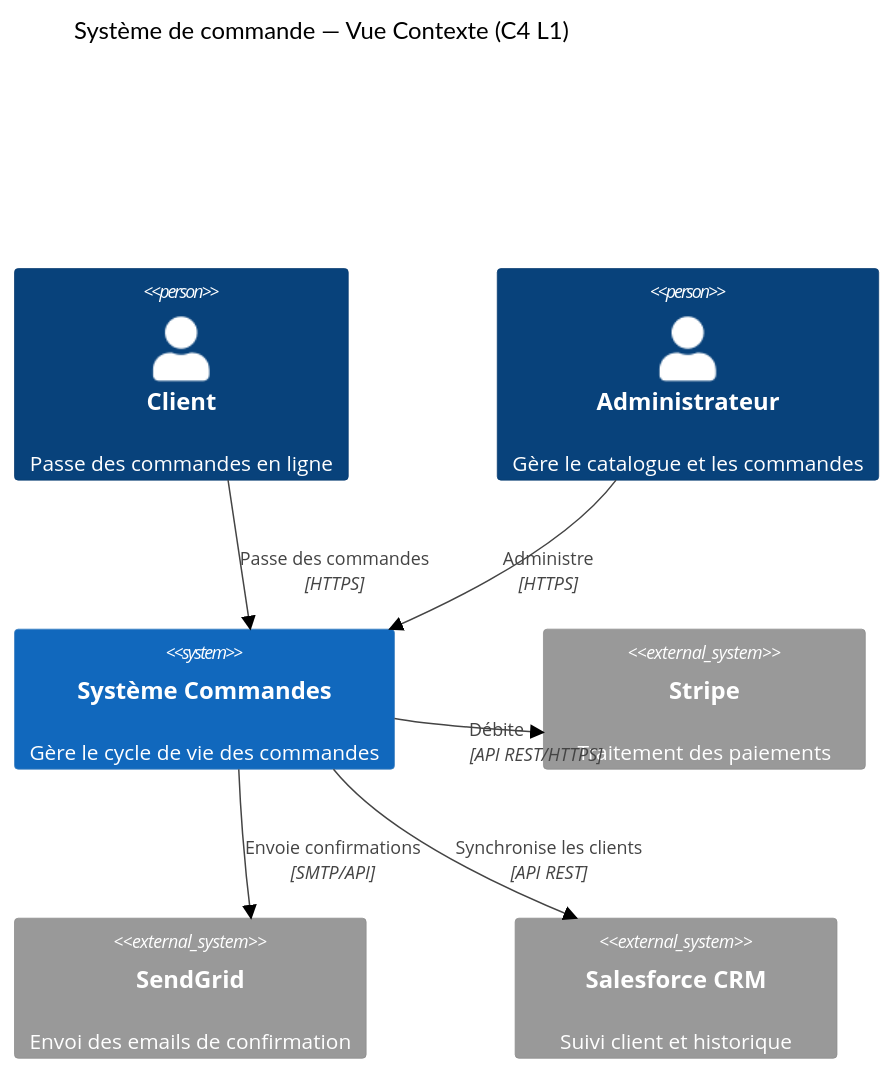
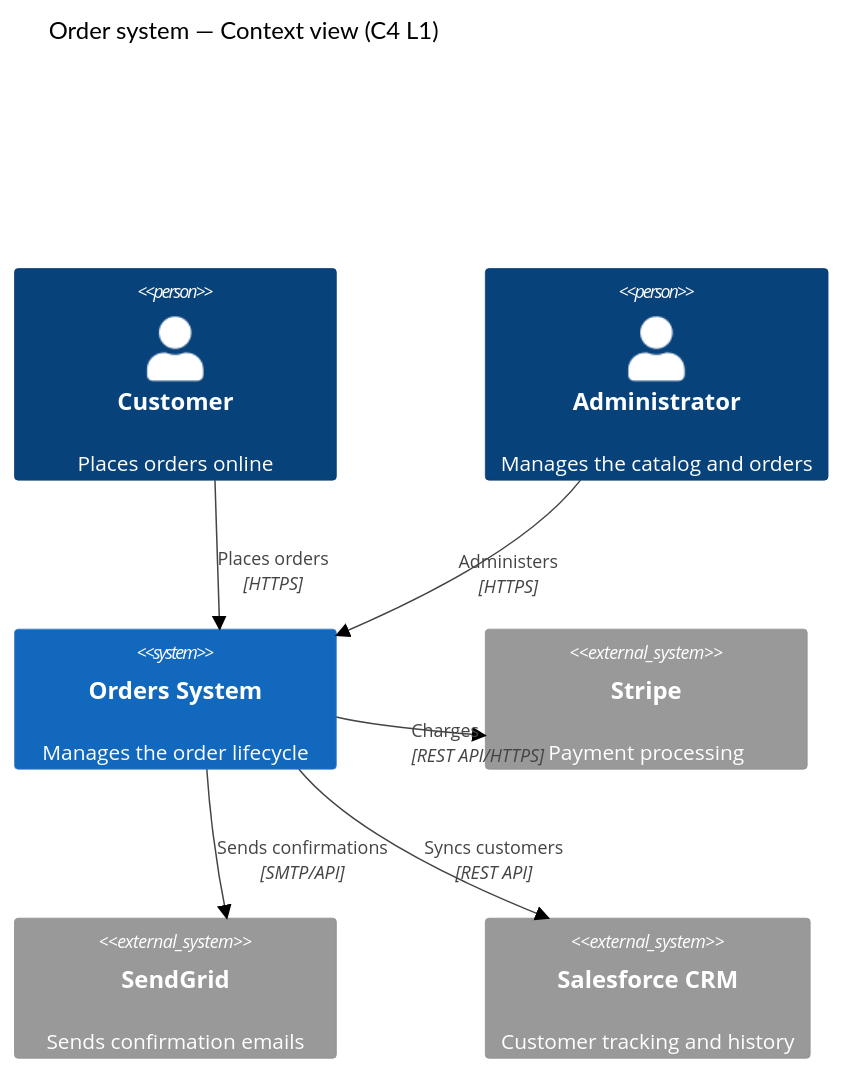
Before and after one commit to guyhui01/claude-agents: the first of 2 diagrams in skills/tech_lead/documentation-technique.md, drawn with Mermaid (neutral theme). The commit also changed other lines of this file and 200 other files, not shown here.

````diff
--- a/skills/tech_lead/documentation-technique.md
+++ b/skills/tech_lead/documentation-technique.md
@@ -50,19 +50,19 @@
 ```mermaid
 C4Context
-  title Système de commande — Vue Contexte (C4 L1)
+  title Order system — Context view (C4 L1)
 
-  Person(customer, "Client", "Passe des commandes en ligne")
-  Person(admin, "Administrateur", "Gère le catalogue et les commandes")
+  Person(customer, "Customer", "Places orders online")
+  Person(admin, "Administrator", "Manages the catalog and orders")
 
-  System(orderSystem, "Système Commandes", "Gère le cycle de vie des commandes")
+  System(orderSystem, "Orders System", "Manages the order lifecycle")
 
-  System_Ext(paymentGateway, "Stripe", "Traitement des paiements")
-  System_Ext(emailService, "SendGrid", "Envoi des emails de confirmation")
-  System_Ext(crm, "Salesforce CRM", "Suivi client et historique")
+  System_Ext(paymentGateway, "Stripe", "Payment processing")
+  System_Ext(emailService, "SendGrid", "Sends confirmation emails")
+  System_Ext(crm, "Salesforce CRM", "Customer tracking and history")
 
-  Rel(customer, orderSystem, "Passe des commandes", "HTTPS")
-  Rel(admin, orderSystem, "Administre", "HTTPS")
-  Rel(orderSystem, paymentGateway, "Débite", "API REST/HTTPS")
-  Rel(orderSystem, emailService, "Envoie confirmations", "SMTP/API")
-  Rel(orderSystem, crm, "Synchronise les clients", "API REST")
+  Rel(customer, orderSystem, "Places orders", "HTTPS")
+  Rel(admin, orderSystem, "Administers", "HTTPS")
+  Rel(orderSystem, paymentGateway, "Charges", "REST API/HTTPS")
+  Rel(orderSystem, emailService, "Sends confirmations", "SMTP/API")
+  Rel(orderSystem, crm, "Syncs customers", "REST API")
 ```
````
